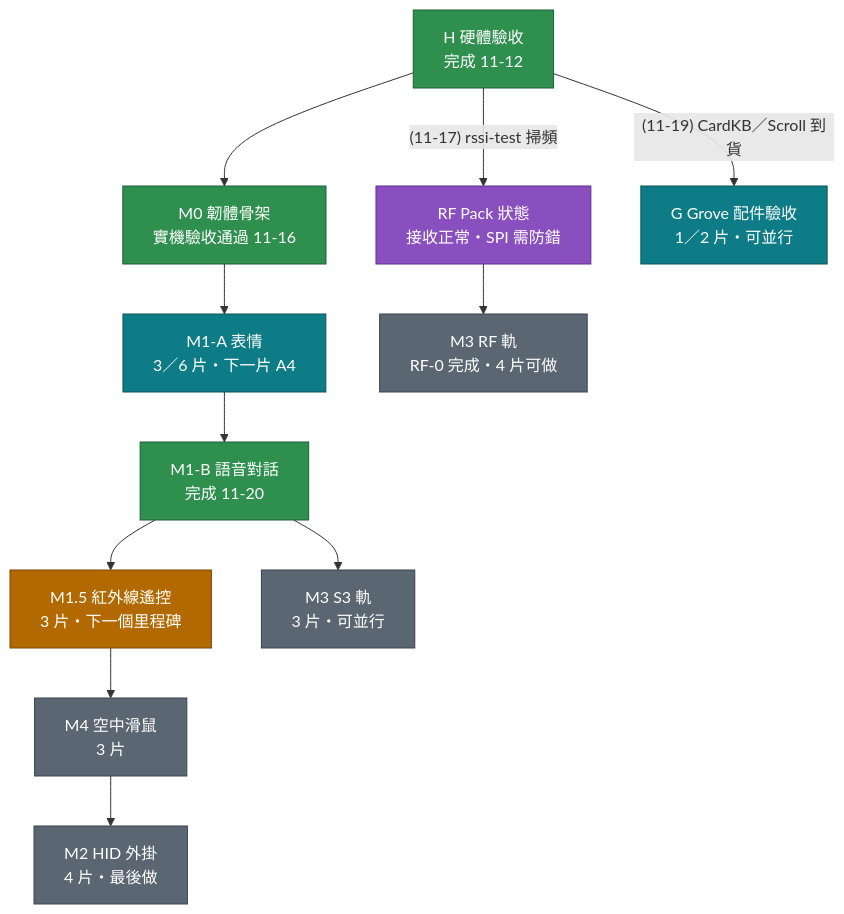
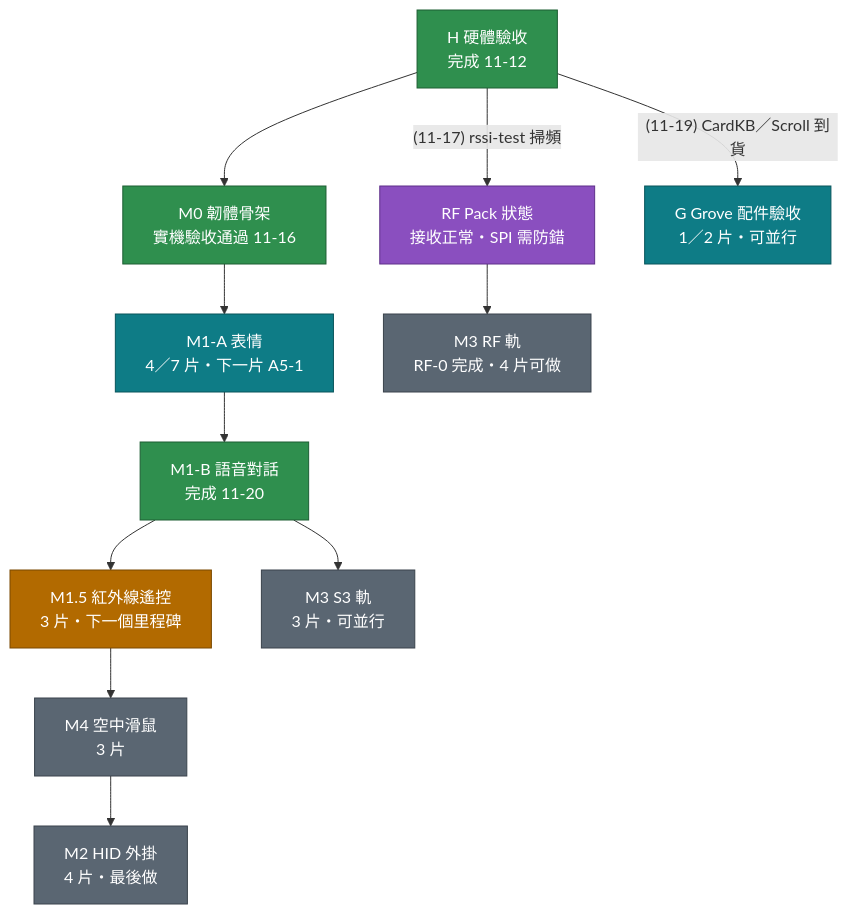
The first of 2 diagrams in docs/StickS3 執行計劃.md (MilesYP/m5sticks3), drawn with Mermaid before and after one commit. The commit also changed other lines of this file and 18 other files, not shown here.

````diff
--- a/docs/StickS3 執行計劃.md
+++ b/docs/StickS3 執行計劃.md
@@ -29,31 +29,31 @@
 ```mermaid
 flowchart TD
     H["H 硬體驗收<br>完成 11-12"]
     M0["M0 韌體骨架<br>實機驗收通過 11-16"]
-    M1A["M1-A 表情<br>3／6 片・下一片 A4"]
+    M1A["M1-A 表情<br>4／7 片・下一片 A5-1"]
     M1B["M1-B 語音對話<br>完成 11-20"]
     M15["M1.5 紅外線遙控<br>3 片・下一個里程碑"]
     M4["M4 空中滑鼠<br>3 片"]
     M2["M2 HID 外掛<br>4 片・最後做"]
     M3S["M3 S3 軌<br>3 片・可並行"]
     M3R["M3 RF 軌<br>RF-0 完成・4 片可做"]
     RS["RF Pack 狀態<br>接收正常・SPI 需防錯"]
     G["G Grove 配件驗收<br>1／2 片・可並行"]
 
     H --> M0 --> M1A --> M1B --> M15 --> M4 --> M2
     M1B --> M3S
     H -->|"(11-17) rssi-test 掃頻"| RS --> M3R
     H -->|"(11-19) CardKB／Scroll 到貨"| G
 
     classDef done fill:#2f8f4e,color:#ffffff,stroke:#1d5e33
     classDef doing fill:#0e7c86,color:#ffffff,stroke:#08545b
     classDef next fill:#b26a00,color:#ffffff,stroke:#7a4900
     classDef todo fill:#5a6672,color:#ffffff,stroke:#3a434c
     classDef gate fill:#8a4fbf,color:#ffffff,stroke:#5e2f8a
     class H,M0,M1B done
     class M1A doing
     class M15 next
     class G doing
     class M4,M2,M3S,M3R todo
     class RS gate
 ```
````
